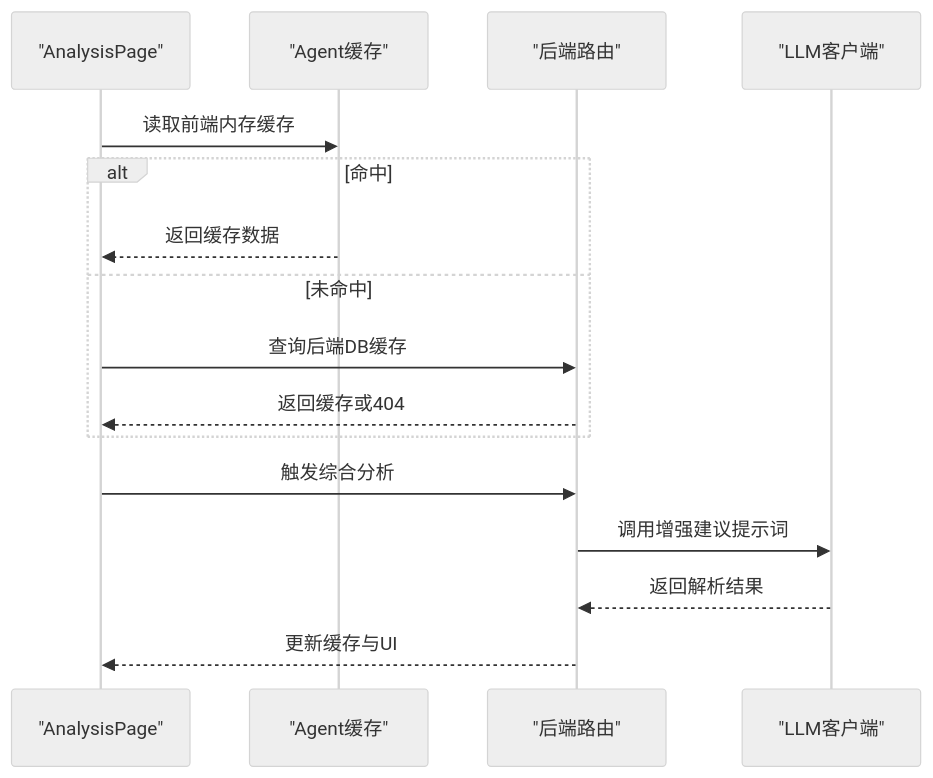
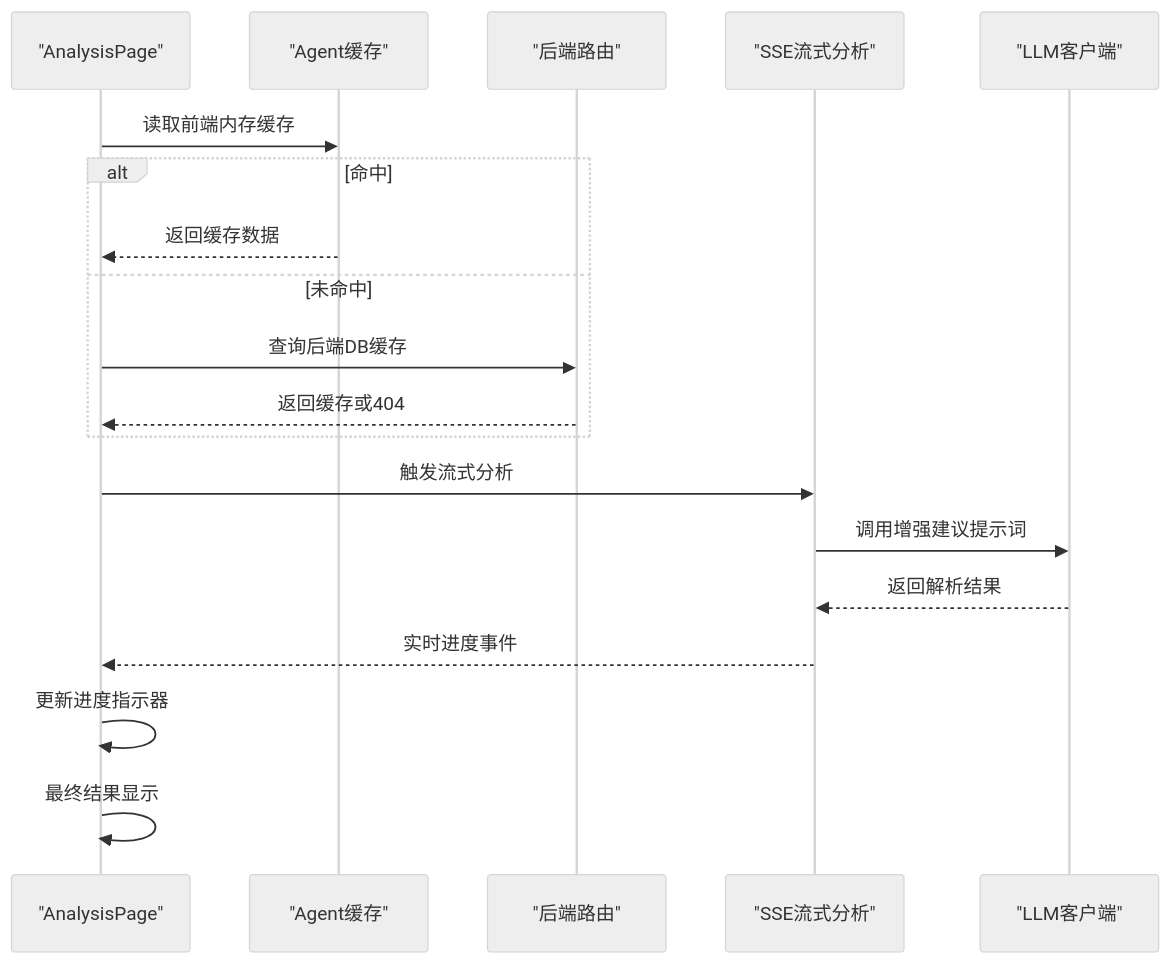
One commit to Moruime/stock_foker changed the eighth of 9 diagrams in .qoder/repowiki/zh/content/架构设计/后端架构设计/AI提示词优化.md. Above: the diagram before and after it, drawn with Mermaid (neutral theme). The commit also changed other lines of this file and 16 other files, not shown here.

````diff
--- a/.qoder/repowiki/zh/content/架构设计/后端架构设计/AI提示词优化.md
+++ b/.qoder/repowiki/zh/content/架构设计/后端架构设计/AI提示词优化.md
@@ -347,18 +428,21 @@
 ```mermaid
 sequenceDiagram
 participant Page as "AnalysisPage"
 participant Cache as "Agent缓存"
 participant API as "后端路由"
+participant SSE as "SSE流式分析"
 participant LLM as "LLM客户端"
 Page->>Cache : 读取前端内存缓存
 alt 命中
 Cache-->>Page : 返回缓存数据
 else 未命中
 Page->>API : 查询后端DB缓存
 API-->>Page : 返回缓存或404
 end
-Page->>API : 触发综合分析
-API->>LLM : 调用增强建议提示词
-LLM-->>API : 返回解析结果
-API-->>Page : 更新缓存与UI
+Page->>SSE : 触发流式分析
+SSE->>LLM : 调用增强建议提示词
+LLM-->>SSE : 返回解析结果
+SSE-->>Page : 实时进度事件
+Page->>Page : 更新进度指示器
+Page->>Page : 最终结果显示
 ```
````
